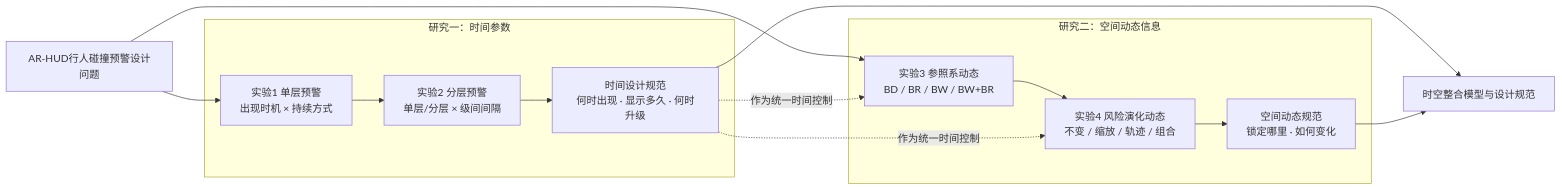
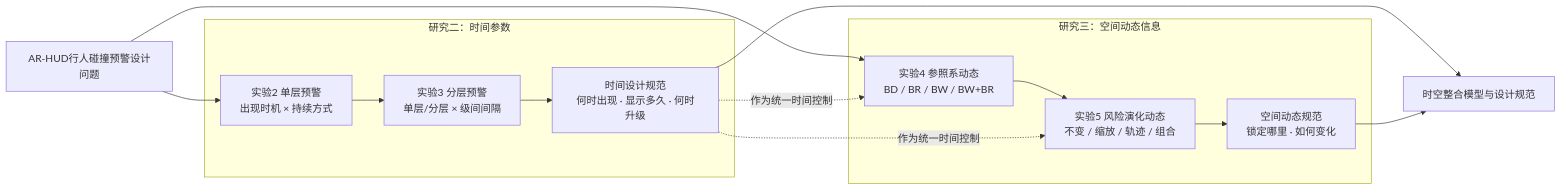
One commit to jefferrrrrrrrrrry/HUD changed the second of 2 diagrams in AR-HUD行人碰撞预警_毕业论文研究框架.md. Above: the diagram before and after it, drawn with Mermaid. The commit also changed other lines of this file and 121 other files, not shown here.

````diff
--- a/AR-HUD行人碰撞预警_毕业论文研究框架.md
+++ b/AR-HUD行人碰撞预警_毕业论文研究框架.md
@@ -646,25 +715,25 @@
 ```mermaid
 flowchart LR
     P[AR-HUD行人碰撞预警设计问题]
 
-    subgraph T[研究一：时间参数]
-        T1[实验1 单层预警<br/>出现时机 × 持续方式]
-        T2[实验2 分层预警<br/>单层/分层 × 级间间隔]
+    subgraph T[研究二：时间参数]
+        T1[实验2 单层预警<br/>出现时机 × 持续方式]
+        T2[实验3 分层预警<br/>单层/分层 × 级间间隔]
         TO[时间设计规范<br/>何时出现 · 显示多久 · 何时升级]
         T1 --> T2 --> TO
     end
 
-    subgraph D[研究二：空间动态信息]
-        D1[实验3 参照系动态<br/>BD / BR / BW / BW+BR]
-        D2[实验4 风险演化动态<br/>不变 / 缩放 / 轨迹 / 组合]
+    subgraph D[研究三：空间动态信息]
+        D1[实验4 参照系动态<br/>BD / BR / BW / BW+BR]
+        D2[实验5 风险演化动态<br/>不变 / 缩放 / 轨迹 / 组合]
         DO[空间动态规范<br/>锁定哪里 · 如何变化]
         D1 --> D2 --> DO
     end
 
     P --> T1
     P --> D1
     TO -. 作为统一时间控制 .-> D1
     TO -. 作为统一时间控制 .-> D2
     TO --> R[时空整合模型与设计规范]
     DO --> R
 ```
````
